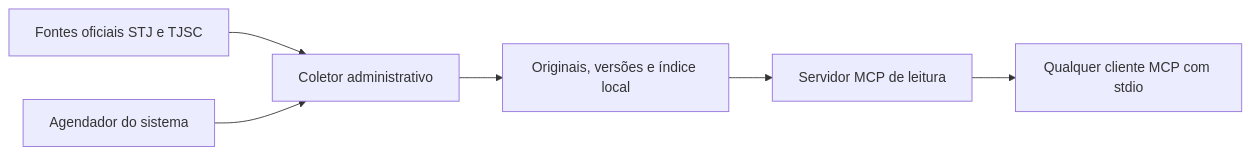
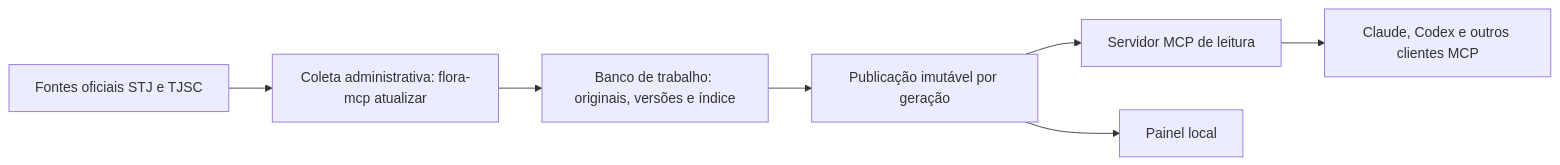
One commit to ecvllzz/flora-mcp changed the diagram in README.md. Above: the diagram before and after it, drawn with Mermaid. The commit also changed other lines of this file, not shown here.

````diff
--- a/README.md
+++ b/README.md
@@ -9,8 +12,9 @@
 ```mermaid
 flowchart LR
-  A[Fontes oficiais STJ e TJSC] --> B[Coletor administrativo]
-  B --> C[Originais, versões e índice local]
-  C --> D[Servidor MCP de leitura]
-  D --> E[Qualquer cliente MCP com stdio]
-  F[Agendador do sistema] --> B
+  A[Fontes oficiais STJ e TJSC] --> B[Coleta administrativa: flora-mcp atualizar]
+  B --> C[Banco de trabalho: originais, versões e índice]
+  C --> D[Publicação imutável por geração]
+  D --> E[Servidor MCP de leitura]
+  E --> F[Claude, Codex e outros clientes MCP]
+  D --> G[Painel local]
 ```
````
